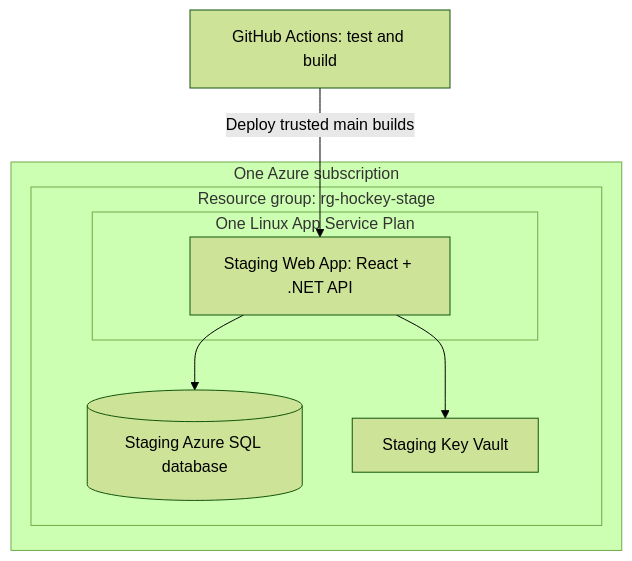
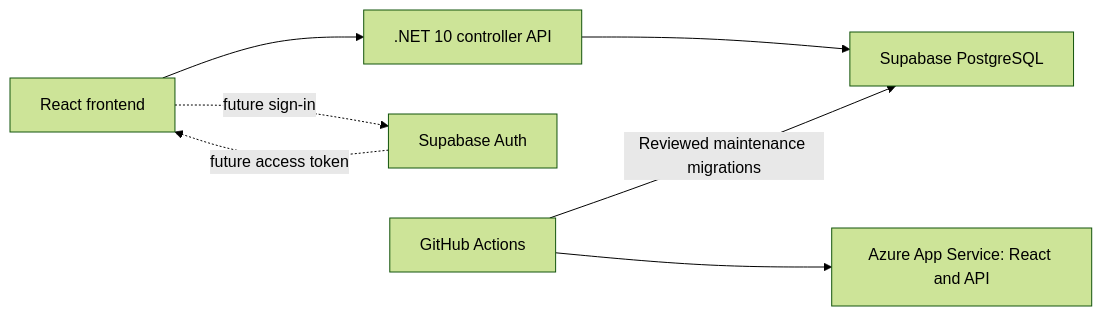
One commit to alillje/hockey-mgmt-app changed the diagram in docs/teams-auth-hosting-plan.md. Above: the diagram before and after it, drawn with Mermaid (forest theme). The commit also changed other lines of this file and 52 other files, not shown here.

Commit message:
Replace Azure SQL with Supabase PostgreSQL and simplify staging setup

````diff
--- a/docs/teams-auth-hosting-plan.md
+++ b/docs/teams-auth-hosting-plan.md
@@ -109,16 +9,9 @@
 ```mermaid
-flowchart TD
-    GH[GitHub Actions: test and build]
-    GH -->|Deploy trusted main builds| ST
-    subgraph Subscription[One Azure subscription]
-      subgraph RG[Resource group: rg-hockey-stage]
-        subgraph Plan[One Linux App Service Plan]
-          ST[Staging Web App: React + .NET API]
-        end
-        DS[(Staging Azure SQL database)]
-        KS[Staging Key Vault]
-      end
-    end
-    ST --> DS
-    ST --> KS
+flowchart LR
+    React[React frontend] --> API[.NET 10 controller API]
+    API --> DB[Supabase PostgreSQL]
+    React -. future sign-in .-> Auth[Supabase Auth]
+    Auth -. future access token .-> React
+    GitHub[GitHub Actions] --> Azure[Azure App Service: React and API]
+    GitHub -->|Reviewed maintenance migrations| DB
 ```
````
